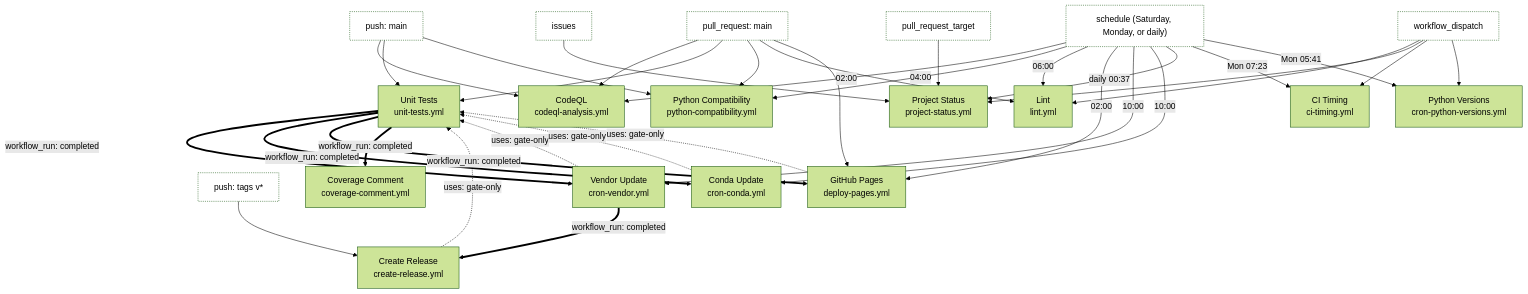
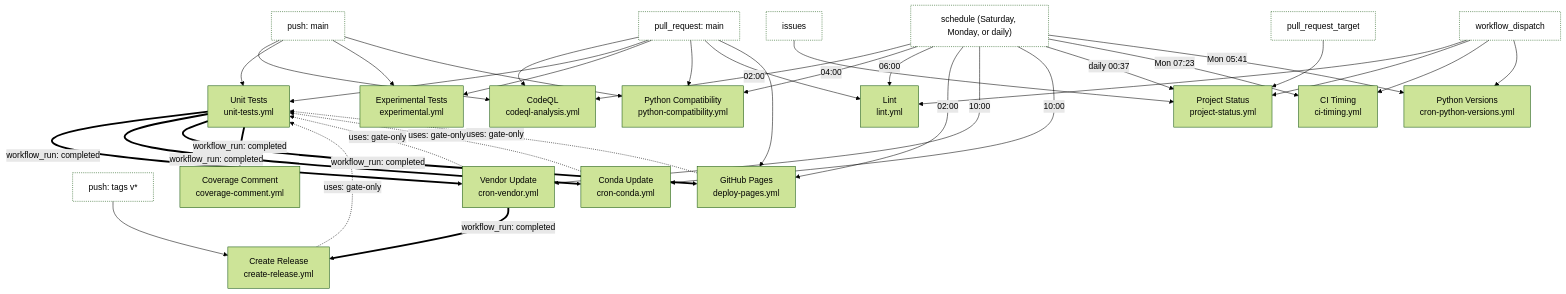
One commit to JarryShaw/PyPCAPKit changed the first of 2 diagrams in docs/source/contributing/workflows.rst. Above: the diagram before and after it, drawn with Mermaid (forest theme). The commit also changed other lines of this file and 17 other files, not shown here.

```diff
--- a/docs/source/contributing/workflows.rst
+++ b/docs/source/contributing/workflows.rst
@@ -130,71 +137,75 @@
 .. mermaid::
 
    flowchart TD
        PUSH["push: main"]
        PR["pull_request: main"]
        TAG["push: tags v*"]
        SCHED["schedule (Saturday, Monday, or daily)"]
        ISSUES["issues"]
        PRT["pull_request_target"]
        DISPATCH["workflow_dispatch"]
 
        CQ["CodeQL<br/>codeql-analysis.yml"]
        UT["Unit Tests<br/>unit-tests.yml"]
+       EX["Experimental Tests<br/>experimental.yml"]
        PC["Python Compatibility<br/>python-compatibility.yml"]
        LT["Lint<br/>lint.yml"]
        VU["Vendor Update<br/>cron-vendor.yml"]
        CU["Conda Update<br/>cron-conda.yml"]
        GP["GitHub Pages<br/>deploy-pages.yml"]
        CR["Create Release<br/>create-release.yml"]
        PS["Project Status<br/>project-status.yml"]
        CC["Coverage Comment<br/>coverage-comment.yml"]
        CT["CI Timing<br/>ci-timing.yml"]
        PV["Python Versions<br/>cron-python-versions.yml"]
 
        PUSH --> CQ
        PR --> CQ
        SCHED -->|02:00| CQ
 
        PUSH --> UT
        PR --> UT
+
+       PUSH --> EX
+       PR --> EX
 
        PUSH --> PC
        PR --> PC
        SCHED -->|04:00| PC
 
        PR --> LT
        SCHED -->|06:00| LT
        DISPATCH --> LT
 
        PR --> GP
        SCHED -->|02:00| GP
 
        SCHED -->|10:00| VU
        SCHED -->|10:00| CU
 
        TAG --> CR
 
        ISSUES --> PS
        PRT --> PS
        SCHED -->|daily 00:37| PS
        DISPATCH --> PS
 
        SCHED -->|Mon 07:23| CT
        DISPATCH --> CT
 
        SCHED -->|Mon 05:41| PV
        DISPATCH --> PV
 
        UT ==>|workflow_run: completed| VU
        UT ==>|workflow_run: completed| CU
        UT ==>|workflow_run: completed| GP
        VU ==>|workflow_run: completed| CR
        UT ==>|workflow_run: completed| CC
 
        VU -.->|uses: gate-only| UT
        CU -.->|uses: gate-only| UT
        GP -.->|uses: gate-only| UT
        CR -.->|uses: gate-only| UT
 
        classDef trig fill:none,stroke-dasharray:2 2
        class PUSH,PR,TAG,SCHED,DISPATCH,ISSUES,PRT trig
```
